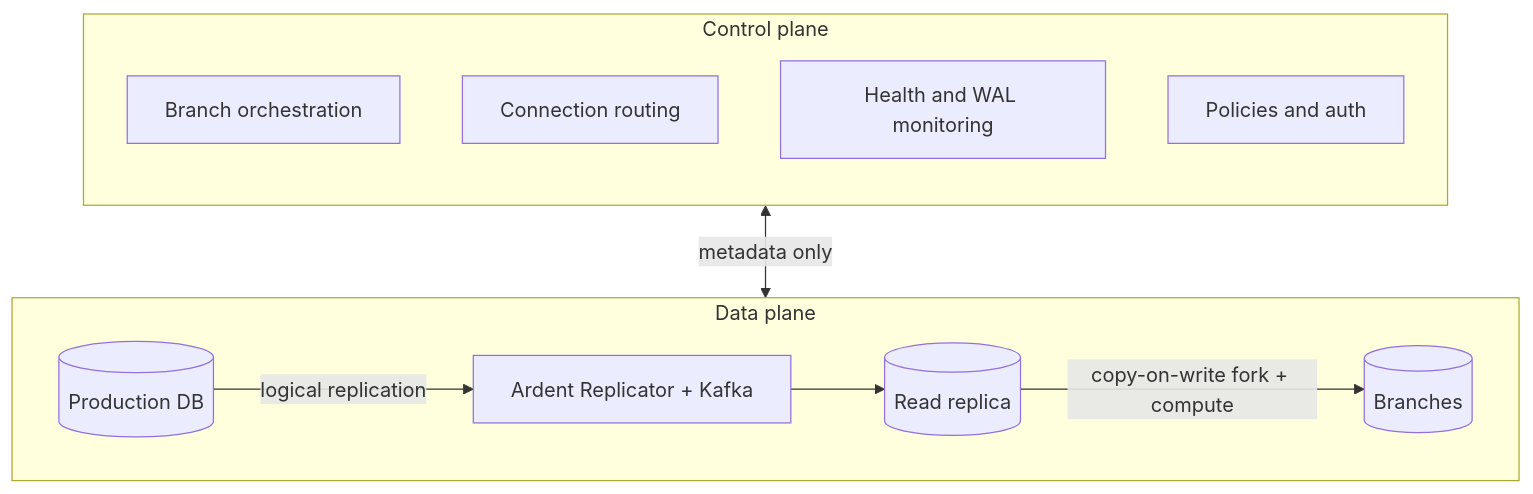
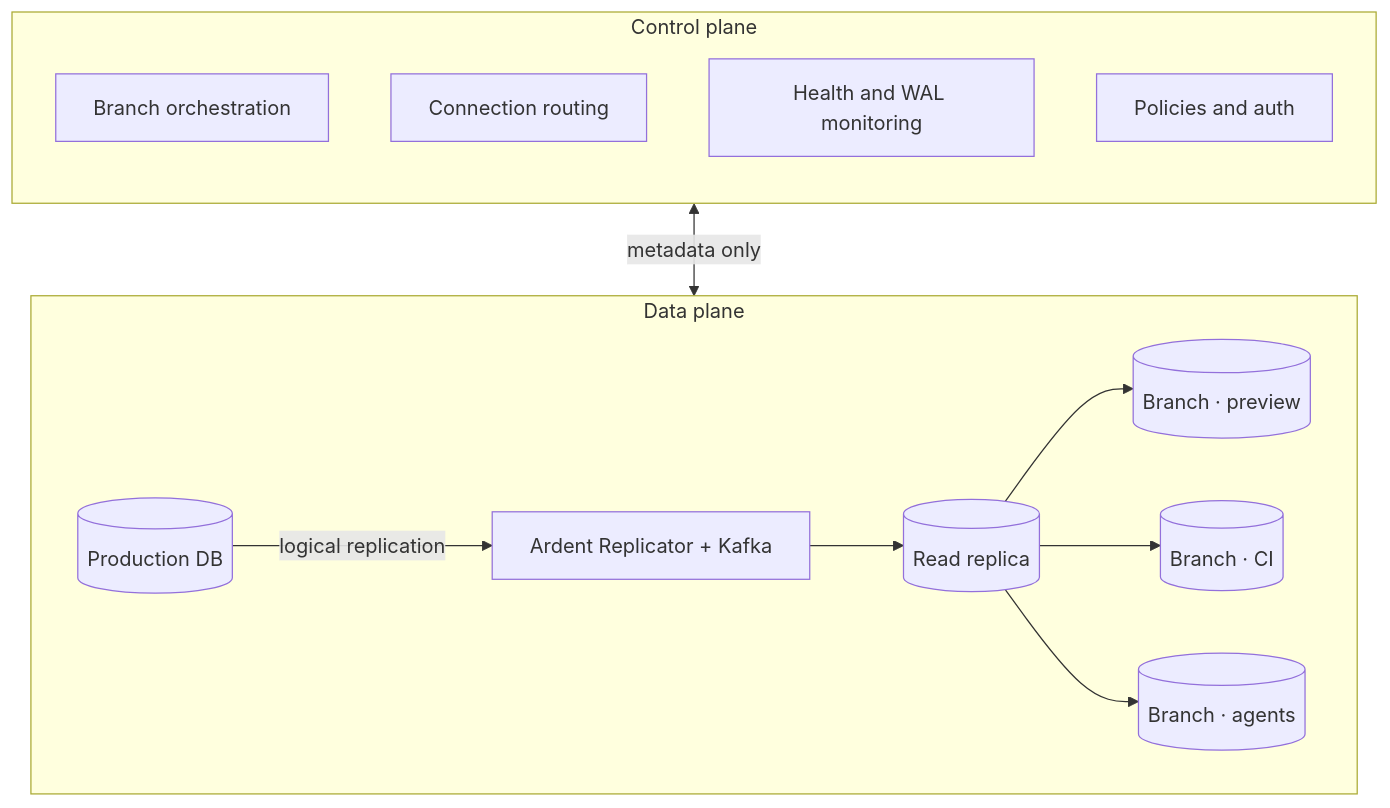
One commit to ArdentAILabs/docs changed the diagram in architecture.mdx. Above: the diagram before and after it, drawn with Mermaid. The commit also changed other lines of this file and 2 other files, not shown here.

First line of the commit message:
docs: show multiple branches in diagram; drop copy-on-write lead-in

````diff
--- a/architecture.mdx
+++ b/architecture.mdx
@@ -15,17 +15,19 @@
 ```mermaid actions={false}
 flowchart TB
     subgraph CP["Control plane"]
         direction TB
         ORCH["Branch orchestration"]
         ROUTE["Connection routing"]
         HEALTH["Health and WAL monitoring"]
         POL["Policies and auth"]
     end
     subgraph DP["Data plane"]
         direction LR
         PROD[("Production DB")] -->|logical replication| AR["Ardent Replicator + Kafka"]
         AR --> REP[("Read replica")]
-        REP -->|copy-on-write fork + compute| BR[("Branches")]
+        REP --> B1[("Branch · preview")]
+        REP --> B2[("Branch · CI")]
+        REP --> B3[("Branch · agents")]
     end
     CP <-->|metadata only| DP
 ```
````
